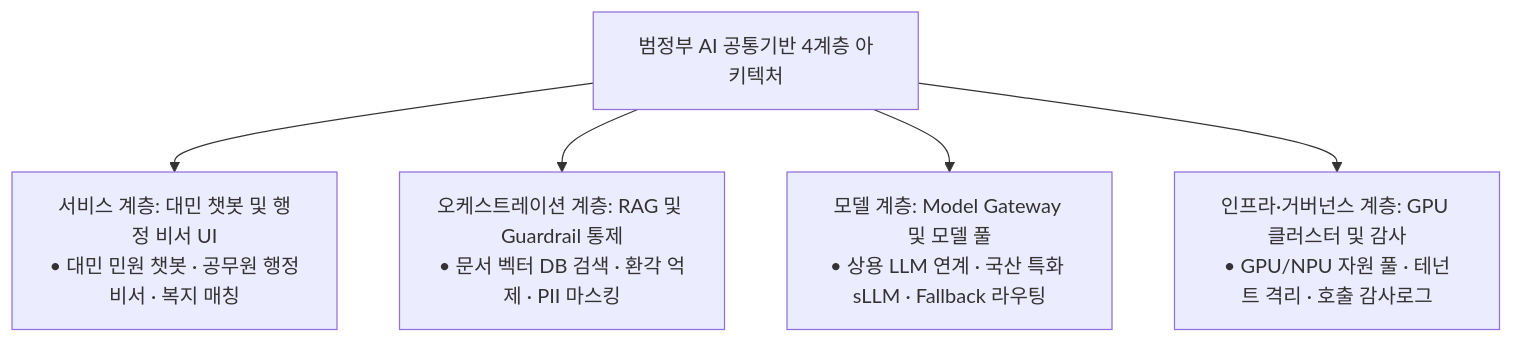
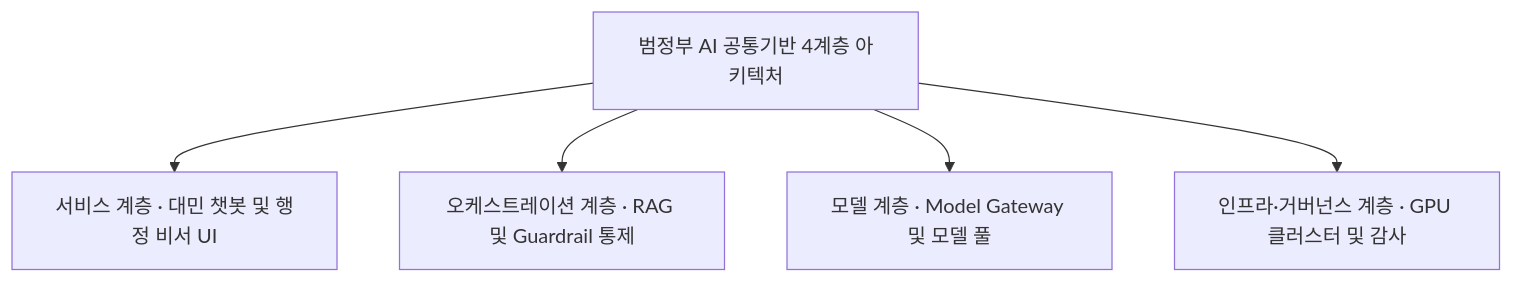
Before and after one commit to agnusdei1207/study: the third of 3 diagrams in src/content/docs/notes/itpe/01-it-strategy/025_pan_government_ai_common_infrastructure.md, drawn with Mermaid. The commit also changed other lines of this file and 19 other files, not shown here.

````diff
--- a/src/content/docs/notes/itpe/01-it-strategy/025_pan_government_ai_common_infrastructure.md
+++ b/src/content/docs/notes/itpe/01-it-strategy/025_pan_government_ai_common_infrastructure.md
@@ -140,9 +131,8 @@
 ```mermaid
 flowchart TD
     ROOT["범정부 AI 공통기반 4계층 아키텍처"]
-
-    ROOT --> SVC["서비스 계층: 대민 챗봇 및 행정 비서 UI<br/>• 대민 민원 챗봇 · 공무원 행정비서 · 복지 매칭"]
-    ROOT --> ORCH["오케스트레이션 계층: RAG 및 Guardrail 통제<br/>• 문서 벡터 DB 검색 · 환각 억제 · PII 마스킹"]
-    ROOT --> MDL["모델 계층: Model Gateway 및 모델 풀<br/>• 상용 LLM 연계 · 국산 특화 sLLM · Fallback 라우팅"]
-    ROOT --> INFRA["인프라·거버넌스 계층: GPU 클러스터 및 감사<br/>• GPU/NPU 자원 풀 · 테넌트 격리 · 호출 감사로그"]
+    ROOT --> SVC["서비스 계층 · 대민 챗봇 및 행정 비서 UI"]
+    ROOT --> ORCH["오케스트레이션 계층 · RAG 및 Guardrail 통제"]
+    ROOT --> MDL["모델 계층 · Model Gateway 및 모델 풀"]
+    ROOT --> INFRA["인프라·거버넌스 계층 · GPU 클러스터 및 감사"]
 ```
````
